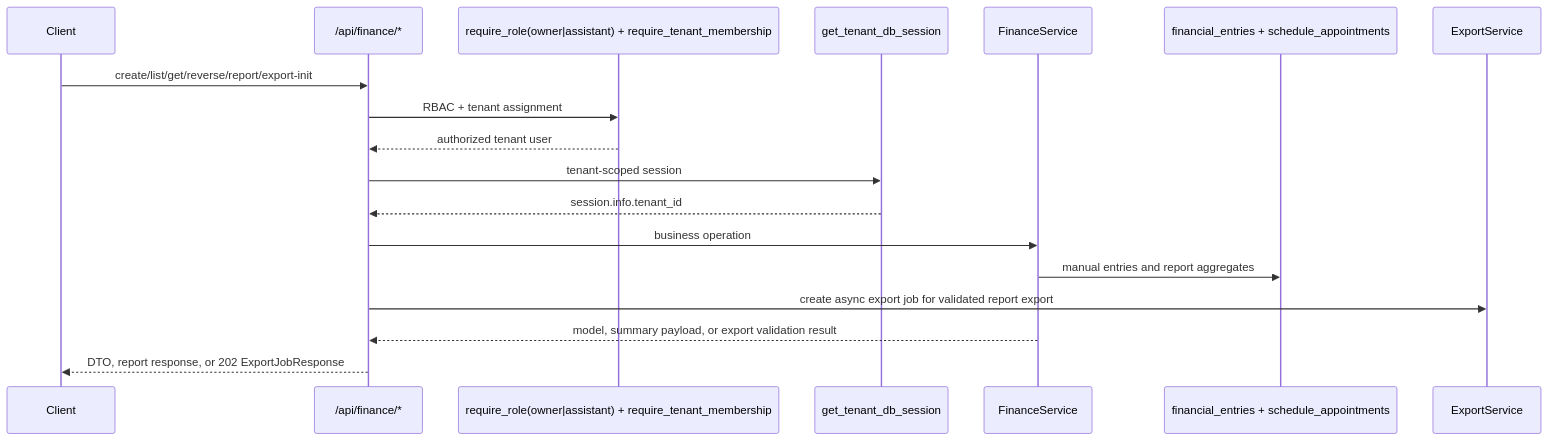
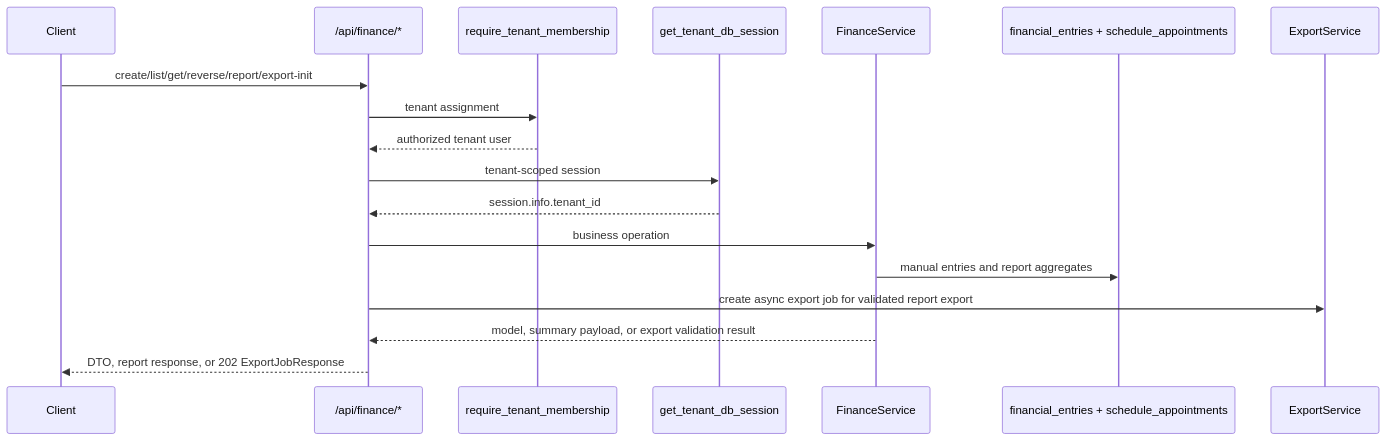
The first of 2 diagrams in docs/features/finance.md (adriangpo/mindflow-api), drawn with Mermaid before and after one commit. The commit also changed other lines of this file and 5 other files, not shown here.

Commit message:
fix: remove redundant tenant router role guards

````diff
--- a/docs/features/finance.md
+++ b/docs/features/finance.md
@@ -31,21 +31,21 @@
 ```mermaid
 sequenceDiagram
     participant Client
     participant Router as /api/finance/*
-    participant Guard as require_role(owner|assistant) + require_tenant_membership
+    participant Guard as require_tenant_membership
     participant TenantDB as get_tenant_db_session
     participant Service as FinanceService
     participant DB as financial_entries + schedule_appointments
     participant Export as ExportService
 
     Client->>Router: create/list/get/reverse/report/export-init
-    Router->>Guard: RBAC + tenant assignment
+    Router->>Guard: tenant assignment
     Guard-->>Router: authorized tenant user
     Router->>TenantDB: tenant-scoped session
     TenantDB-->>Router: session.info.tenant_id
     Router->>Service: business operation
     Service->>DB: manual entries and report aggregates
     Router->>Export: create async export job for validated report export
     Service-->>Router: model, summary payload, or export validation result
     Router-->>Client: DTO, report response, or 202 ExportJobResponse
 ```
````
